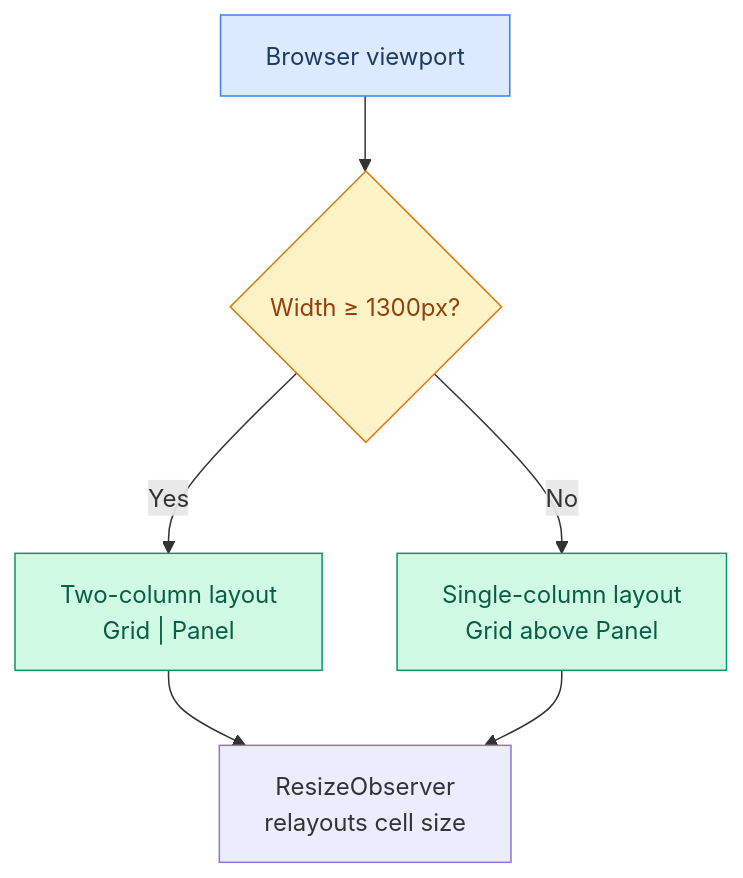
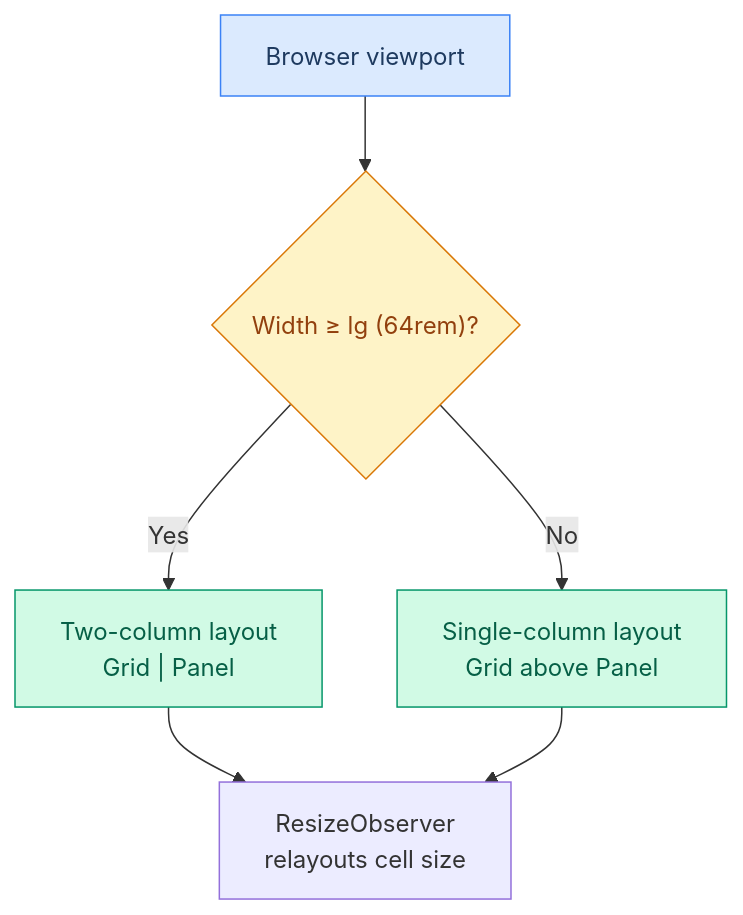
Diagram 14 of 18 in docs/USER_STORIES.md (maci0/recoverage), drawn with Mermaid before and after one commit. The commit also changed other lines of this file and 3 other files, not shown here.

````diff
--- a/docs/USER_STORIES.md
+++ b/docs/USER_STORIES.md
@@ -453,13 +452,13 @@
 ```mermaid
 graph TD
-    A["Browser viewport"] --> B{"Width ≥ 1300px?"}
+    A["Browser viewport"] --> B{"Width ≥ lg (64rem)?"}
     B -->|Yes| C["Two-column layout<br/>Grid | Panel"]
     B -->|No| D["Single-column layout<br/>Grid above Panel"]
     C --> E["ResizeObserver<br/>relayouts cell size"]
     D --> E
 
     style A fill:#dbeafe,stroke:#3b82f6,color:#1e3a5f
     style C fill:#d1fae5,stroke:#059669,color:#065f46
     style D fill:#d1fae5,stroke:#059669,color:#065f46
     style B fill:#fef3c7,stroke:#d97706,color:#92400e
 ```
````
